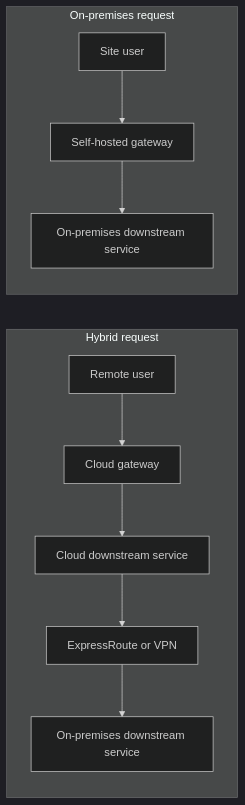
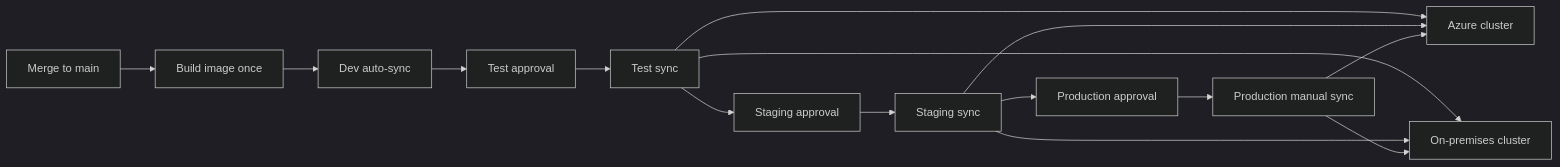
One commit to charyvgk/APPS changed the second of 2 diagrams in README.md. Above: the diagram before and after it, drawn with Mermaid (dark theme). The commit also changed other lines of this file and 6 other files, not shown here.

First line of the commit message:
Add architect workflows for hybrid Azure delivery.

````diff
--- a/README.md
+++ b/README.md
@@ -212,22 +74,17 @@
 ```mermaid
 flowchart LR
-  subgraph hybrid [Hybrid request]
-    remote[Remote user]
-    cloudEdge[Cloud gateway]
-    cloudApi[Cloud downstream service]
-    link[ExpressRoute or VPN]
-    premApi[On-premises downstream service]
-    remote --> cloudEdge
-    cloudEdge --> cloudApi
-    cloudApi --> link
-    link --> premApi
-  end
-
-  subgraph premises [On-premises request]
-    siteUser[Site user]
-    siteEdge[Self-hosted gateway]
-    siteApi[On-premises downstream service]
-    siteUser --> siteEdge
-    siteEdge --> siteApi
-  end
+  commit[Merge to main] --> build[Build image once]
+  build --> dev[Dev auto-sync]
+  dev --> testApproval[Test approval]
+  testApproval --> test[Test sync]
+  test --> stageApproval[Staging approval]
+  stageApproval --> staging[Staging sync]
+  staging --> prodApproval[Production approval]
+  prodApproval --> prod[Production manual sync]
+  test --> azureSite[Azure cluster]
+  test --> premSite[On-premises cluster]
+  staging --> azureSite
+  staging --> premSite
+  prod --> azureSite
+  prod --> premSite
 ```
````
